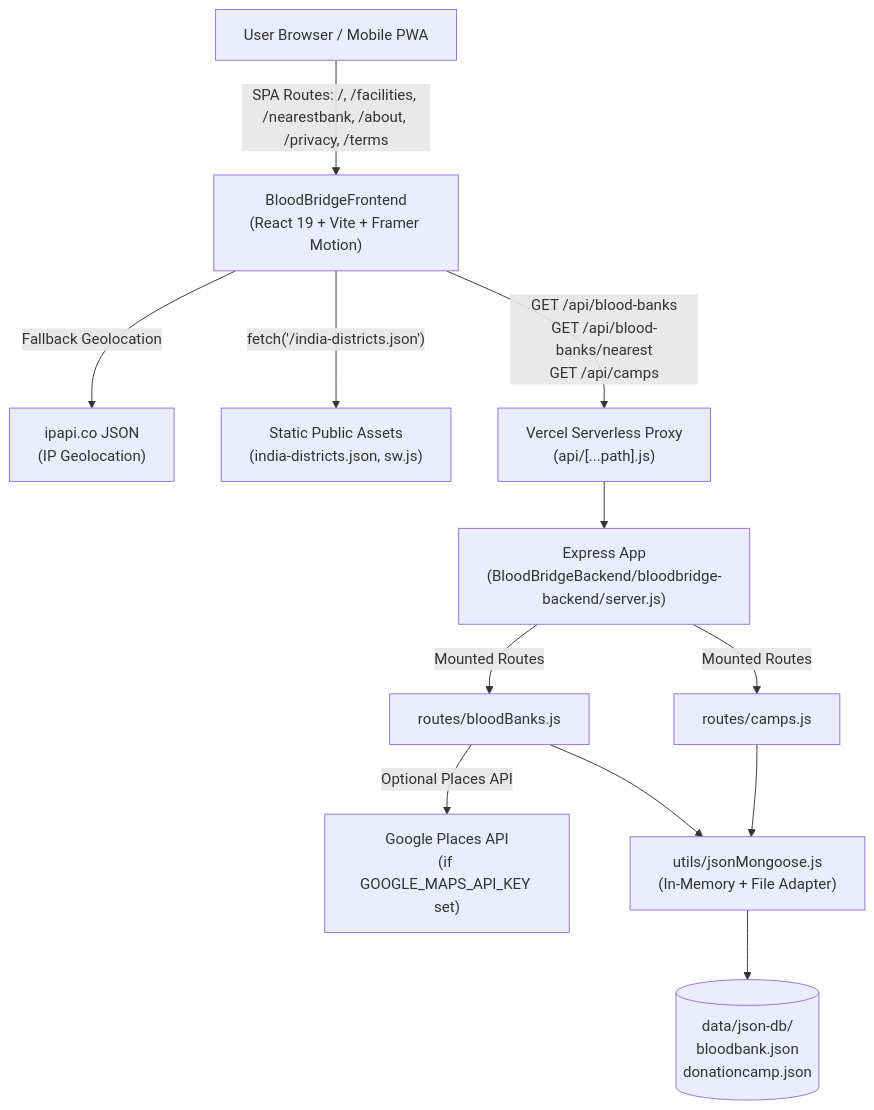
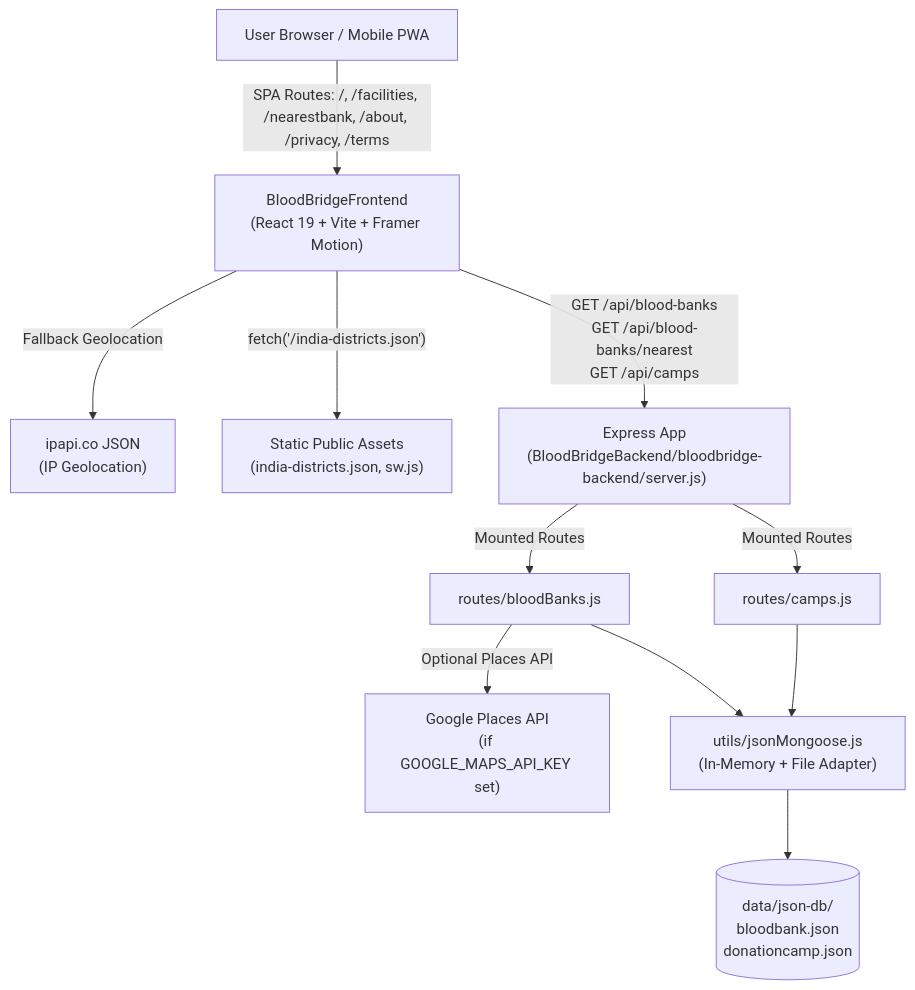
One commit to godlyinsane/BloodBridge changed the diagram in README.md. Above: the diagram before and after it, drawn with Mermaid. The commit also changed other lines of this file, not shown here.

Commit message:
docs: remove Vercel deployment references from README

````diff
--- a/README.md
+++ b/README.md
@@ -76,16 +75,15 @@
 ```mermaid
 flowchart TD
     User["User Browser / Mobile PWA"] -->|"SPA Routes: /, /facilities, /nearestbank, /about, /privacy, /terms"| FE["BloodBridgeFrontend\n(React 19 + Vite + Framer Motion)"]
     FE -->|"Fallback Geolocation"| IPAPI["ipapi.co JSON\n(IP Geolocation)"]
     FE -->|"fetch('/india-districts.json')"| Static["Static Public Assets\n(india-districts.json, sw.js)"]
-    FE -->|"GET /api/blood-banks\nGET /api/blood-banks/nearest\nGET /api/camps"| Proxy["Vercel Serverless Proxy\n(api/[...path].js)"]
-    Proxy --> Express["Express App\n(BloodBridgeBackend/bloodbridge-backend/server.js)"]
+    FE -->|"GET /api/blood-banks\nGET /api/blood-banks/nearest\nGET /api/camps"| Express["Express App\n(BloodBridgeBackend/bloodbridge-backend/server.js)"]
 
     Express -->|"Mounted Routes"| R1["routes/bloodBanks.js"]
     Express -->|"Mounted Routes"| R2["routes/camps.js"]
 
     R1 -->|"Optional Places API"| GMaps["Google Places API\n(if GOOGLE_MAPS_API_KEY set)"]
     R1 --> JSONEng["utils/jsonMongoose.js\n(In-Memory + File Adapter)"]
     R2 --> JSONEng
     JSONEng --> JSONFiles[("data/json-db/\nbloodbank.json\ndonationcamp.json")]
 ```
````
